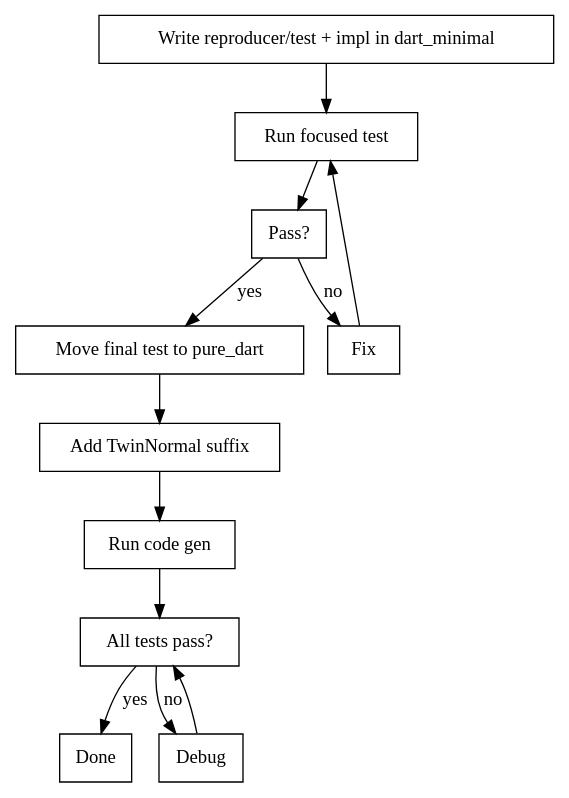
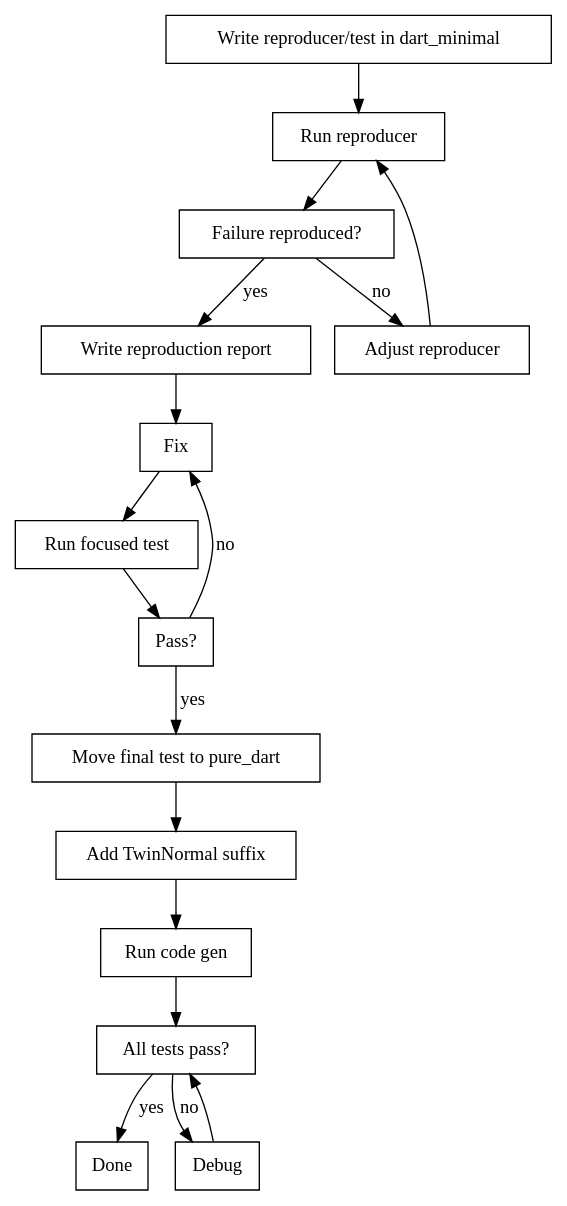
The diagram in .claude/skills/frb-develop-feature/SKILL.md (fzyzcjy/flutter_rust_bridge), drawn with Graphviz before and after one commit. The commit also changed other lines of this file and 1 other file, not shown here.

Commit message:
Require bug reproduction reports in FRB skills

````diff
--- a/.claude/skills/frb-develop-feature/SKILL.md
+++ b/.claude/skills/frb-develop-feature/SKILL.md
@@ -32,16 +65,21 @@
 ```dot
 digraph workflow {
     rankdir=TB;
     node [shape=box];
 
-    "Write reproducer/test + impl in dart_minimal" -> "Run focused test";
+    "Write reproducer/test in dart_minimal" -> "Run reproducer";
+    "Run reproducer" -> "Failure reproduced?" [shape=diamond];
+    "Failure reproduced?" -> "Write reproduction report" [label="yes"];
+    "Failure reproduced?" -> "Adjust reproducer" [label="no"];
+    "Adjust reproducer" -> "Run reproducer";
+    "Write reproduction report" -> "Fix";
+    "Fix" -> "Run focused test";
     "Run focused test" -> "Pass?" [shape=diamond];
     "Pass?" -> "Move final test to pure_dart" [label="yes"];
     "Pass?" -> "Fix" [label="no"];
-    "Fix" -> "Run focused test";
     "Move final test to pure_dart" -> "Add TwinNormal suffix" -> "Run code gen" -> "All tests pass?";
     "All tests pass?" -> "Done" [label="yes"];
     "All tests pass?" -> "Debug" [label="no"];
     "Debug" -> "All tests pass?";
 }
 ```
````
